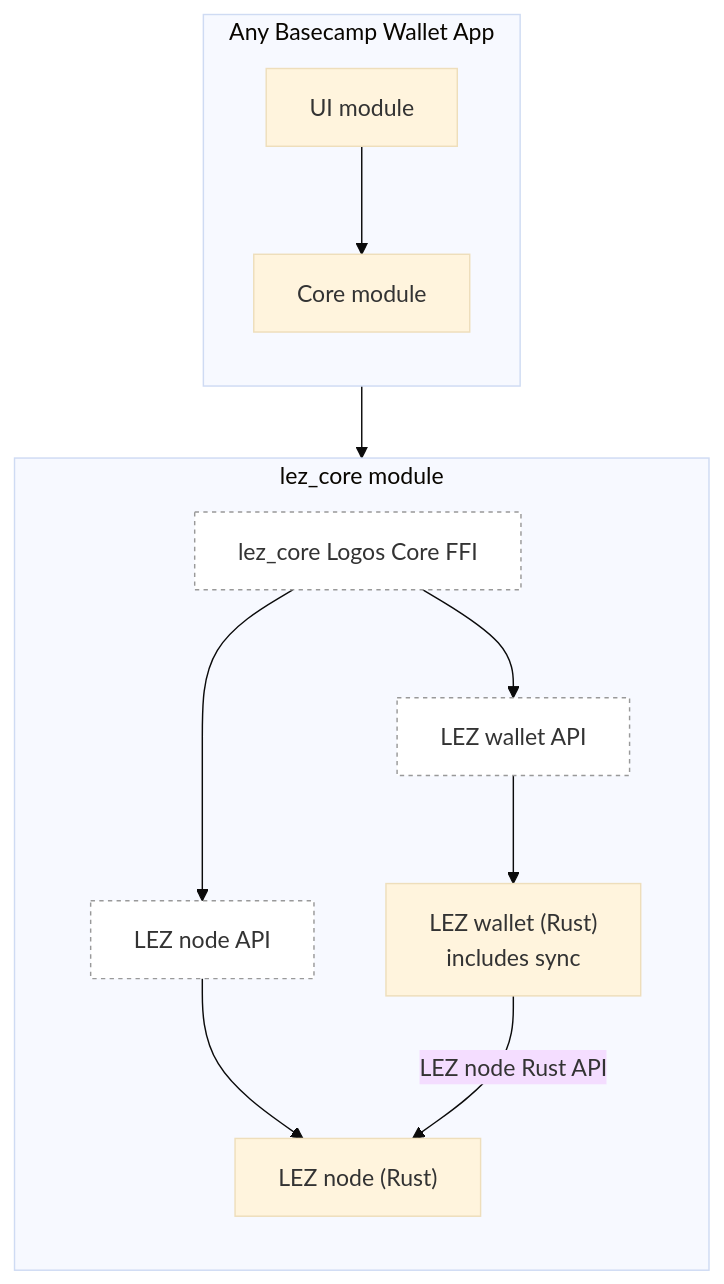
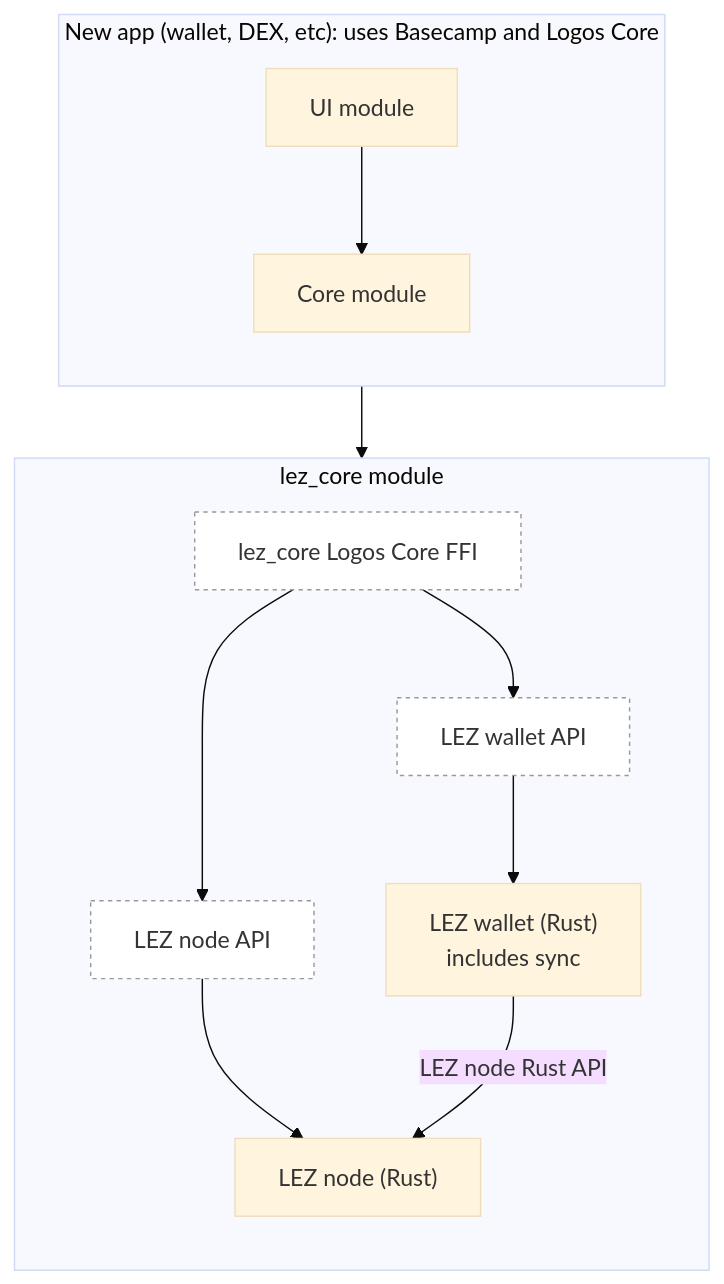
The first of 4 diagrams in RFPs/RFP-027-lez-node-api.md (logos-co/rfp), drawn with Mermaid (base theme) before and after one commit. The commit also changed other lines of this file, not shown here.

First line of the commit message:
Title the diagrams by what an app is, and state the recommended path

````diff
--- a/RFPs/RFP-027-lez-node-api.md
+++ b/RFPs/RFP-027-lez-node-api.md
@@ -148,28 +154,28 @@
 ```mermaid
 flowchart TB
-  subgraph app["Any Basecamp Wallet App"]
+  subgraph app["New app (wallet, DEX, etc): uses Basecamp and Logos Core"]
     direction TB
     appUi["UI module"] --> appCore["Core module"]
   end
 
   subgraph lezmod["lez_core module"]
     direction TB
     ffi["lez_core Logos Core FFI"]
     walletApi["LEZ wallet API"]
     nodeApi["LEZ node API"]
     wallet["LEZ wallet (Rust)<br/>includes sync"]
     node["LEZ node (Rust)"]
 
     ffi --> walletApi
     ffi --> nodeApi
     walletApi --> wallet
     nodeApi --> node
     wallet -- "LEZ node Rust API" --> node
   end
 
   appCore --> ffi
 
   style ffi fill:#ffffff,stroke:#999999,stroke-dasharray:3 3
   style walletApi fill:#ffffff,stroke:#999999,stroke-dasharray:3 3
   style nodeApi fill:#ffffff,stroke:#999999,stroke-dasharray:3 3
 ```
````
